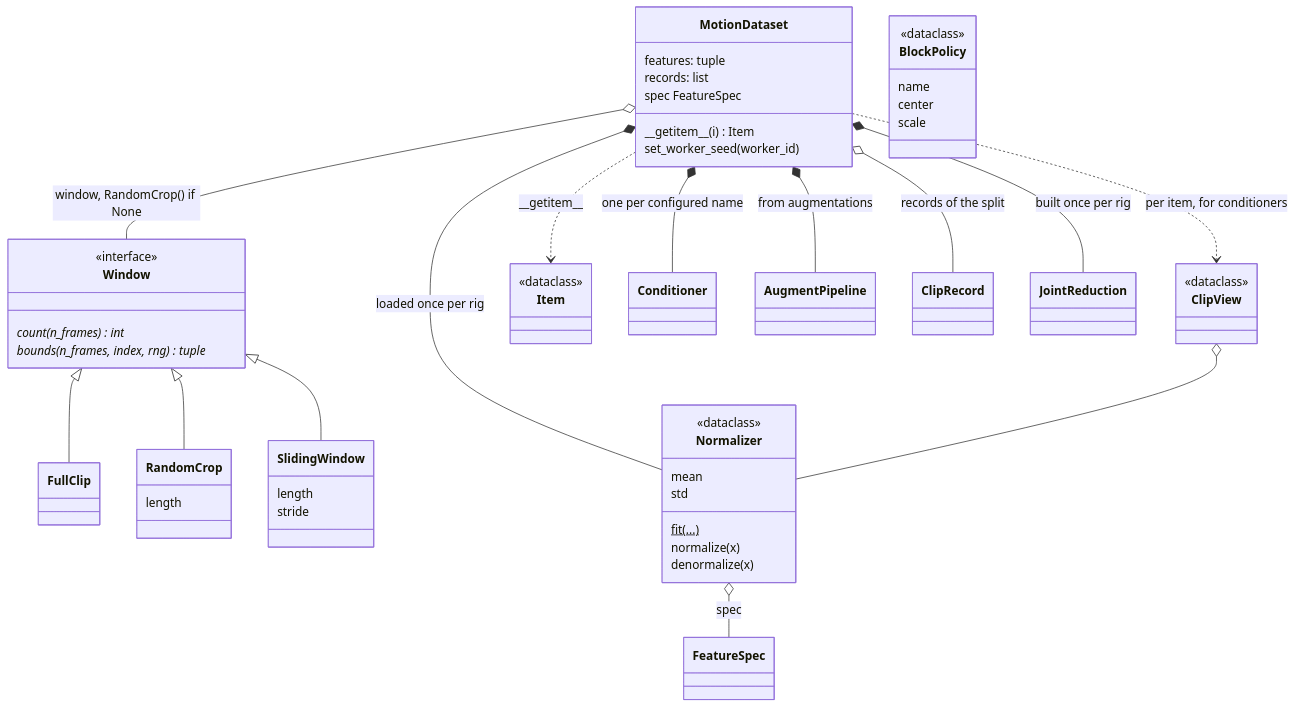
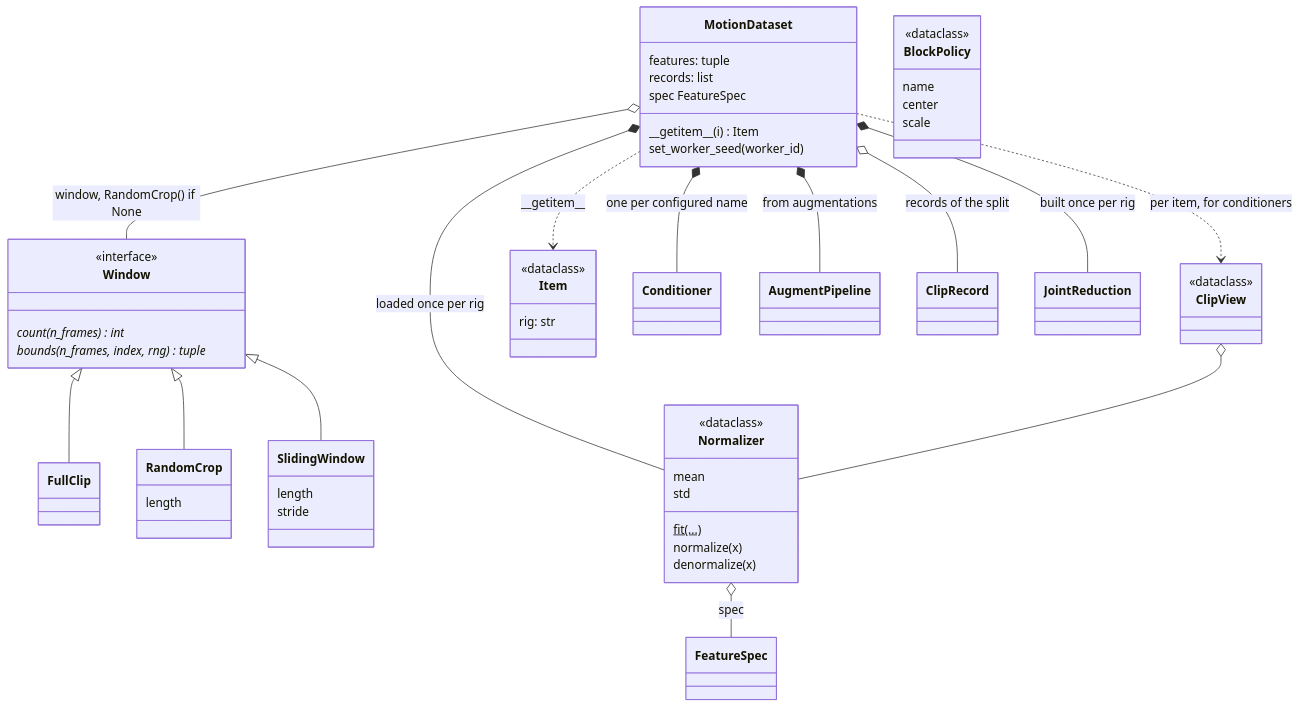
The diagram in docs/api/data/index.md (LuCazzola/PoseYdon), drawn with Mermaid before and after one commit. The commit also changed other lines of this file and 157 other files, not shown here.

````diff
--- a/docs/api/data/index.md
+++ b/docs/api/data/index.md
@@ -23,55 +23,58 @@
 ```mermaid
 classDiagram
   direction TB
   class MotionDataset {
     features: tuple
     records: list
     spec FeatureSpec
     #95;#95;getitem#95;#95;(i) Item
     set_worker_seed(worker_id)
   }
   class Window {
     <<interface>>
     count(n_frames)* int
     bounds(n_frames, index, rng)* tuple
   }
   class FullClip
   class RandomCrop { length }
   class SlidingWindow {
     length
     stride
   }
   class Normalizer {
     <<dataclass>>
     mean
     std
     fit(...)$
     normalize(x)
     denormalize(x)
   }
   class BlockPolicy {
     <<dataclass>>
     name
     center
     scale
   }
   class ClipView { <<dataclass>> }
-  class Item { <<dataclass>> }
+  class Item {
+    <<dataclass>>
+    rig: str
+  }
   Window <|-- FullClip
   Window <|-- RandomCrop
   Window <|-- SlidingWindow
   MotionDataset o-- Window : window, RandomCrop() if None
   MotionDataset *-- Conditioner : one per configured name
   MotionDataset *-- AugmentPipeline : from augmentations
   MotionDataset o-- ClipRecord : records of the split
   MotionDataset *-- Normalizer : loaded once per rig
   MotionDataset *-- JointReduction : built once per rig
   MotionDataset ..> ClipView : per item, for conditioners
   MotionDataset ..> Item : #95;#95;getitem#95;#95;
   Normalizer o-- FeatureSpec : spec
   ClipView o-- Normalizer
   cssClass "Window" iface
   cssClass "MotionDataset,FullClip,RandomCrop,SlidingWindow" impl
   cssClass "Normalizer,BlockPolicy,ClipView,Item" data
   cssClass "Conditioner,AugmentPipeline,ClipRecord,JointReduction,FeatureSpec" ext
 ```
````
